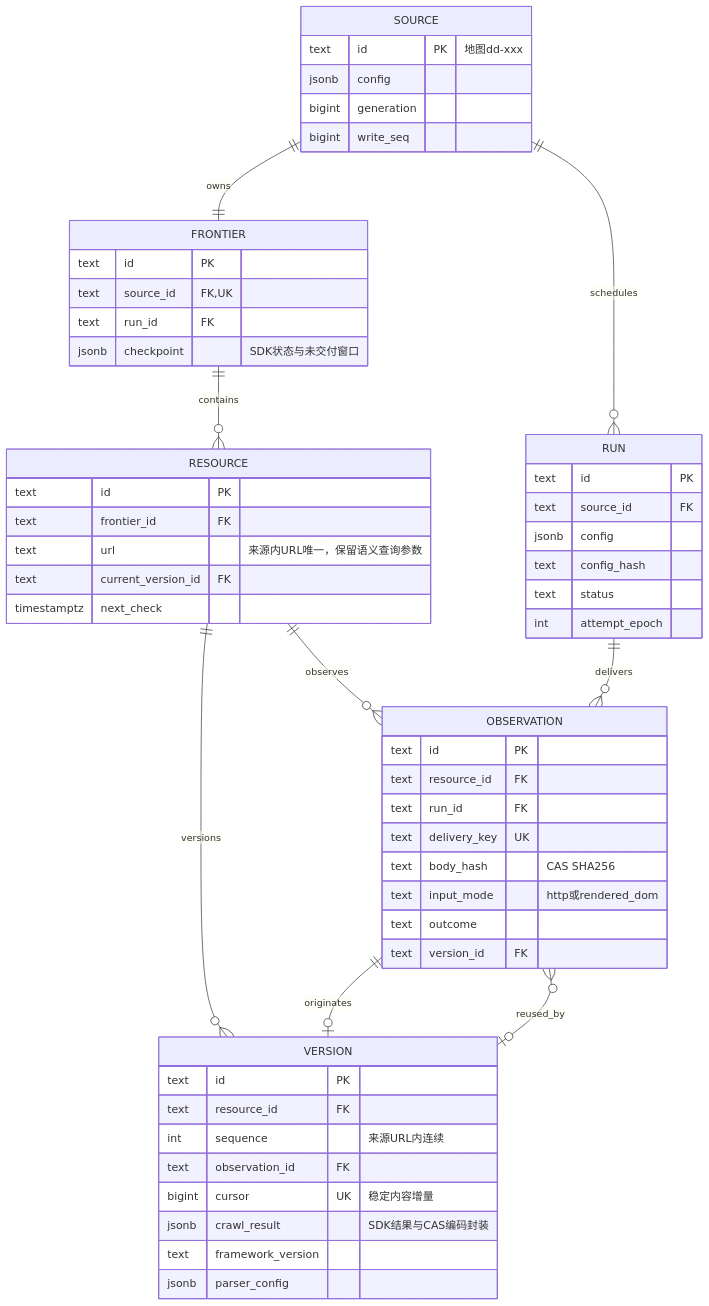
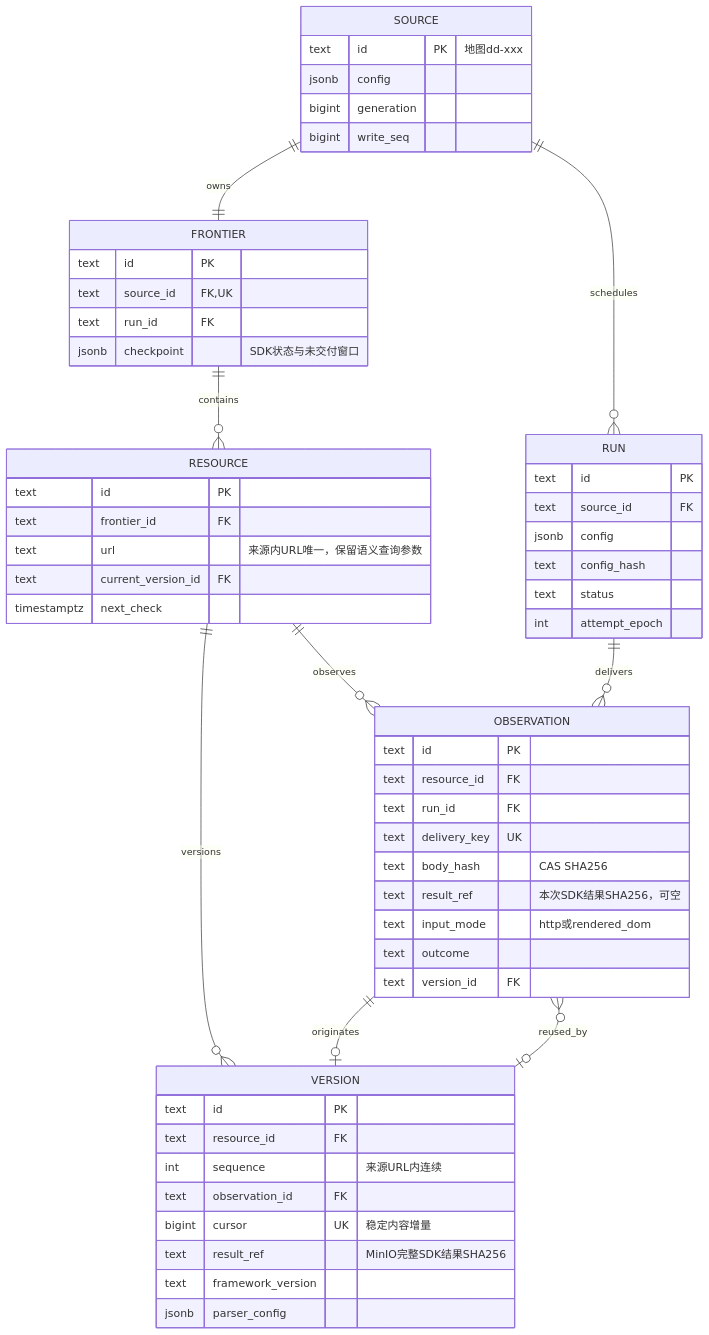
The diagram in README.md (nanzhi84/SEAL), drawn with Mermaid before and after one commit. The commit also changed other lines of this file and 31 other files, not shown here.

````diff
--- a/README.md
+++ b/README.md
@@ -76,58 +77,59 @@
 ```mermaid
 erDiagram
  SOURCE ||--|| FRONTIER : owns
  SOURCE ||--o{ RUN : schedules
  FRONTIER ||--o{ RESOURCE : contains
  RESOURCE ||--o{ OBSERVATION : observes
  RUN ||--o{ OBSERVATION : delivers
  RESOURCE ||--o{ VERSION : versions
  OBSERVATION ||--o| VERSION : originates
  VERSION o|--o{ OBSERVATION : reused_by
  RESOURCE {
   text id PK
   text frontier_id FK
   text url "来源内URL唯一，保留语义查询参数"
   text current_version_id FK
   timestamptz next_check
  }
  SOURCE {
   text id PK "地图dd-xxx"
   jsonb config
   bigint generation
   bigint write_seq
  }
  FRONTIER {
   text id PK
   text source_id FK,UK
   text run_id FK
   jsonb checkpoint "SDK状态与未交付窗口"
  }
  RUN {
   text id PK
   text source_id FK
   jsonb config
   text config_hash
   text status
   int attempt_epoch
  }
  OBSERVATION {
   text id PK
   text resource_id FK
   text run_id FK
   text delivery_key UK
   text body_hash "CAS SHA256"
+  text result_ref "本次SDK结果SHA256，可空"
   text input_mode "http或rendered_dom"
   text outcome
   text version_id FK
  }
  VERSION {
   text id PK
   text resource_id FK
   int sequence "来源URL内连续"
   text observation_id FK
   bigint cursor UK "稳定内容增量"
-  jsonb crawl_result "SDK结果与CAS编码封装"
+  text result_ref "MinIO完整SDK结果SHA256"
   text framework_version
   jsonb parser_config
  }
 ```
````
